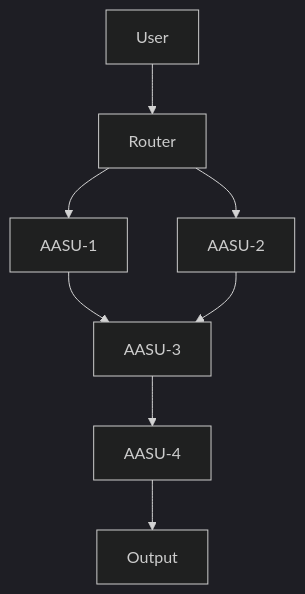
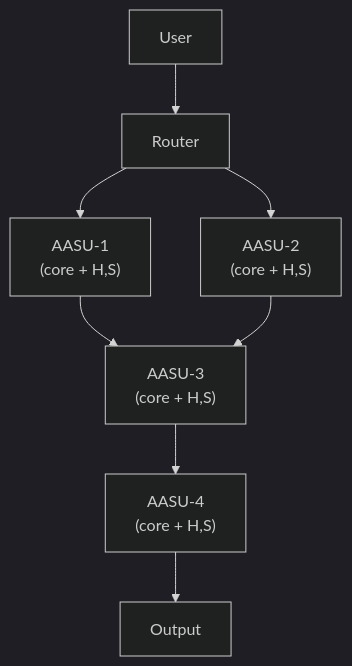
One commit to SAISec/AASU changed the fifth of 5 diagrams in docs/whitepapers/AASU_White_Paper_Publish_Ready_v1_2.md. Above: the diagram before and after it, drawn with Mermaid (dark theme). The commit also changed other lines of this file and 20 other files, not shown here.

````diff
--- a/docs/whitepapers/AASU_White_Paper_Publish_Ready_v1_2.md
+++ b/docs/whitepapers/AASU_White_Paper_Publish_Ready_v1_2.md
@@ -120,10 +122,10 @@
 ``` mermaid
 flowchart TD
     User --> R[Router]
-    R --> A1[AASU-1]
-    R --> A2[AASU-2]
-    A1 --> B1[AASU-3]
+    R --> A1["AASU-1<br/>(core + H,S)"]
+    R --> A2["AASU-2<br/>(core + H,S)"]
+    A1 --> B1["AASU-3<br/>(core + H,S)"]
     A2 --> B1
-    B1 --> C1[AASU-4]
+    B1 --> C1["AASU-4<br/>(core + H,S)"]
     C1 --> Output
 ```
````
